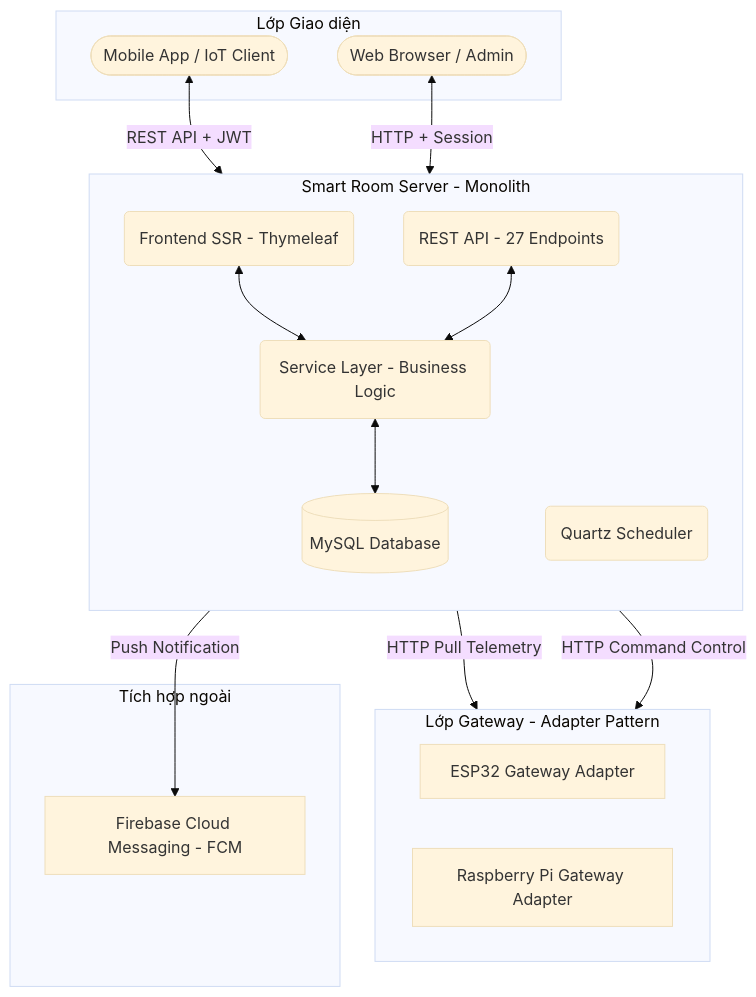
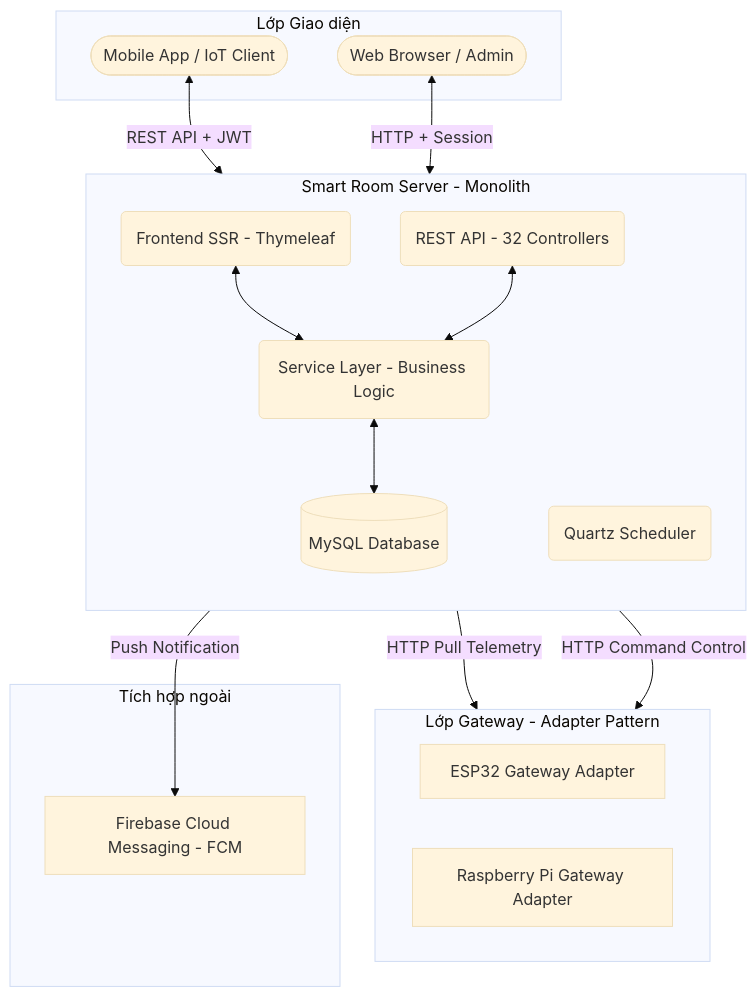
One commit to MaiTheHao/smart-room-iot-server changed the first of 11 diagrams in SYSTEM.md. Above: the diagram before and after it, drawn with Mermaid (base theme). The commit also changed other lines of this file and 4 other files, not shown here.

````diff
--- a/SYSTEM.md
+++ b/SYSTEM.md
@@ -60,33 +60,33 @@
 ```mermaid
 graph TD
     subgraph ClientLayer [Lớp Giao diện]
         Mobile([Mobile App / IoT Client])
         Web([Web Browser / Admin])
     end
 
     subgraph ServerLayer [Smart Room Server - Monolith]
         direction TB
         FESSR(Frontend SSR - Thymeleaf)
-        API(REST API - 27 Endpoints)
+        API(REST API - 32 Controllers)
         Core(Service Layer - Business Logic)
         Sch(Quartz Scheduler)
         FESSR <--> Core
         API <--> Core
         Core <--> DB[(MySQL Database)]
     end
 
     subgraph GatewayLayer [Lớp Gateway - Adapter Pattern]
         ESP32[ESP32 Gateway Adapter]
         RPi[Raspberry Pi Gateway Adapter]
     end
 
     subgraph ExternalLayer [Tích hợp ngoài]
         FCM[Firebase Cloud Messaging - FCM]
     end
 
     Mobile <-->|REST API + JWT| API
     Web <-->|HTTP + Session| FESSR
     Sch -->|HTTP Pull Telemetry| GatewayLayer
     Core -->|HTTP Command Control| GatewayLayer
     Core -->|Push Notification| FCM
 ```
````
